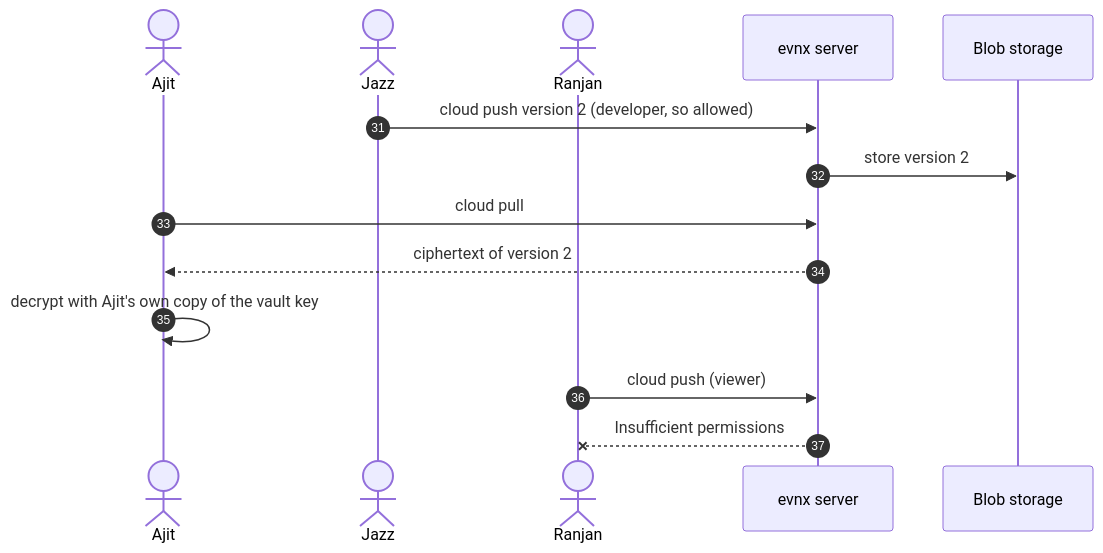
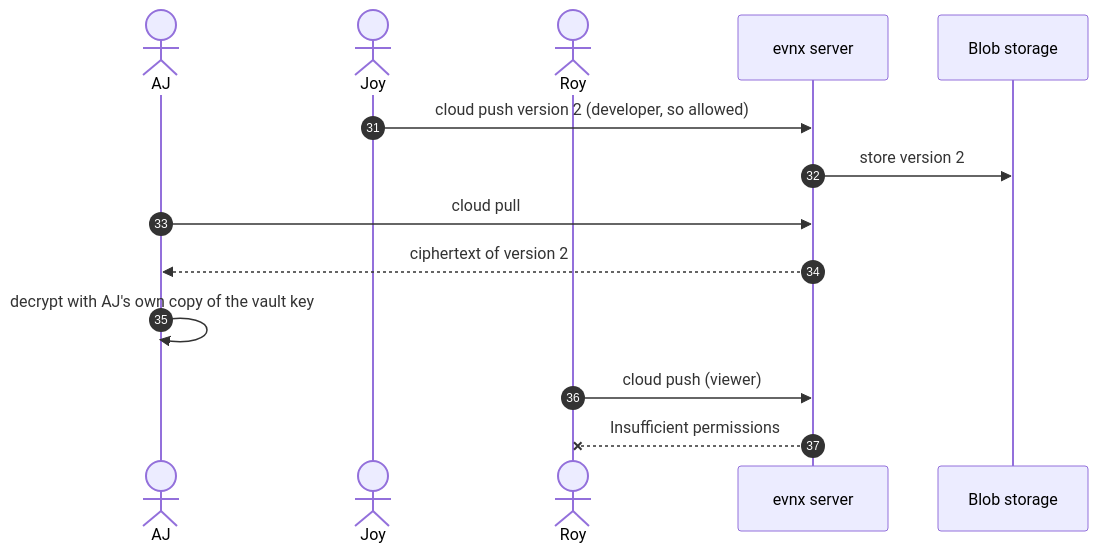
One commit to urwithajit9/evnx-web changed the seventh of 10 diagrams in packages/docs-content/guides/reference/how-vault-sharing-works.mdx. Above: the diagram before and after it, drawn with Mermaid. The commit also changed other lines of this file and 1 other file, not shown here.

First line of the commit message:
docs: vault-sharing guide — AJ, Joy and Roy, with job roles

````diff
--- a/packages/docs-content/guides/reference/how-vault-sharing-works.mdx
+++ b/packages/docs-content/guides/reference/how-vault-sharing-works.mdx
@@ -379,16 +379,16 @@
 ```mermaid
 sequenceDiagram
     autonumber 31
-    actor A as Ajit
-    actor J as Jazz
-    actor R as Ranjan
+    actor A as AJ
+    actor J as Joy
+    actor R as Roy
     participant S as evnx server
     participant B as Blob storage
     J->>S: cloud push version 2 (developer, so allowed)
     S->>B: store version 2
     A->>S: cloud pull
     S-->>A: ciphertext of version 2
-    A->>A: decrypt with Ajit's own copy of the vault key
+    A->>A: decrypt with AJ's own copy of the vault key
     R->>S: cloud push (viewer)
     S--xR: Insufficient permissions
 ```
````
